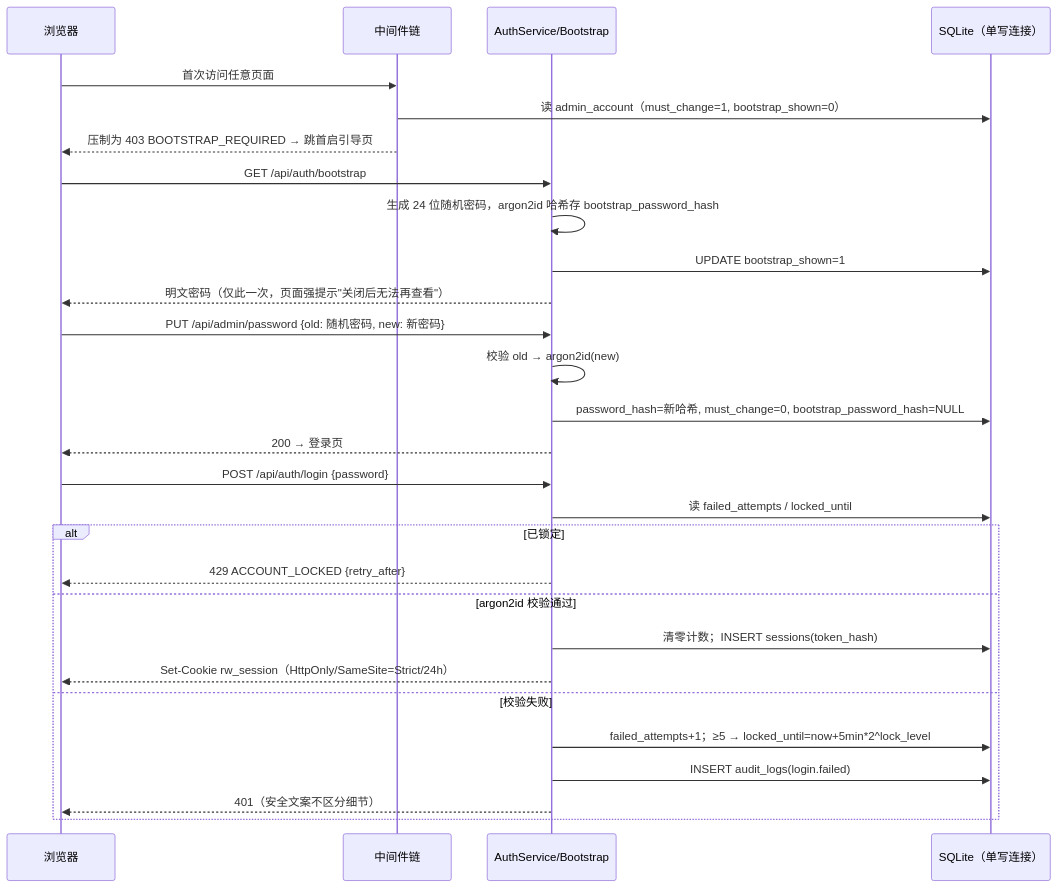
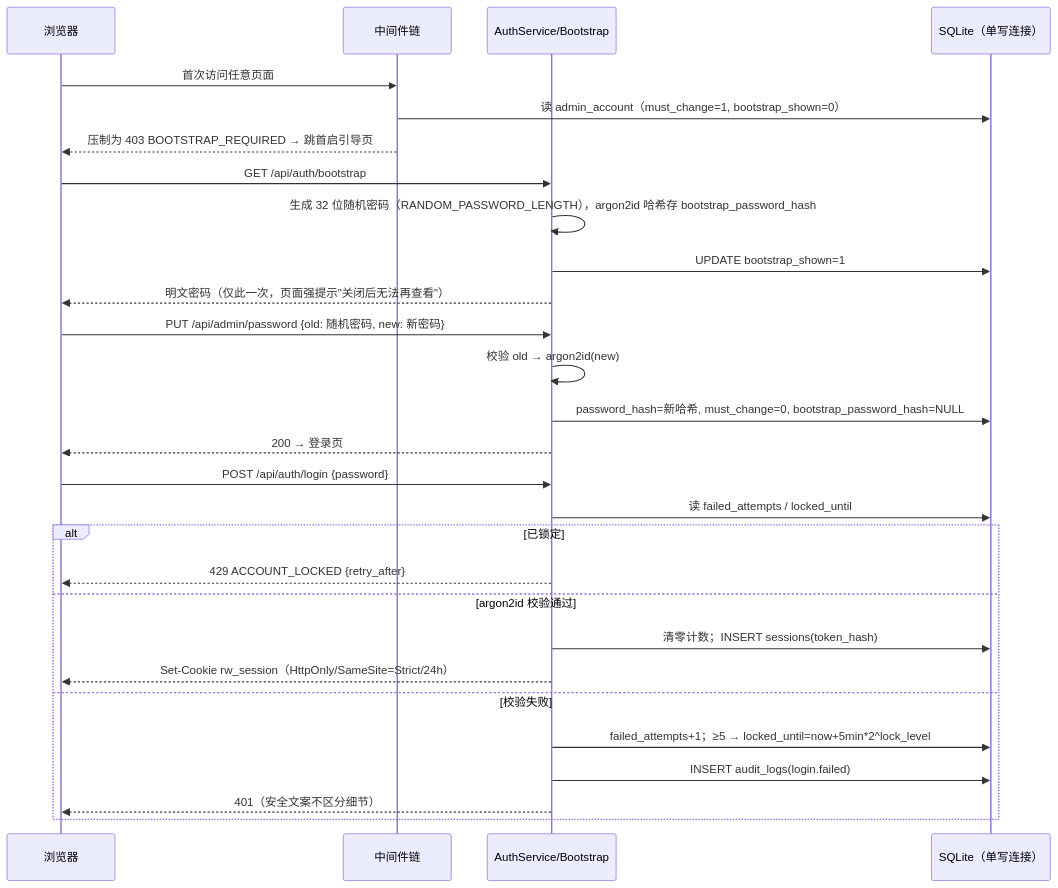
Before and after one commit to dolphin738/restic-docker-backup: the third of 11 diagrams in web版/docs/架构设计文档.md, drawn with Mermaid. The commit also changed other lines of this file and 7 other files, not shown here.

````diff
--- a/web版/docs/架构设计文档.md
+++ b/web版/docs/架构设计文档.md
@@ -915,31 +915,31 @@
 ```mermaid
 sequenceDiagram
     participant B as 浏览器
     participant MW as 中间件链
     participant AU as AuthService/Bootstrap
     participant DB as SQLite（单写连接）
 
     B->>MW: 首次访问任意页面
     MW->>DB: 读 admin_account（must_change=1, bootstrap_shown=0）
     MW-->>B: 压制为 403 BOOTSTRAP_REQUIRED → 跳首启引导页
     B->>AU: GET /api/auth/bootstrap
-    AU->>AU: 生成 24 位随机密码，argon2id 哈希存 bootstrap_password_hash
+    AU->>AU: 生成 32 位随机密码（RANDOM_PASSWORD_LENGTH），argon2id 哈希存 bootstrap_password_hash
     AU->>DB: UPDATE bootstrap_shown=1
     AU-->>B: 明文密码（仅此一次，页面强提示"关闭后无法再查看"）
     B->>AU: PUT /api/admin/password {old: 随机密码, new: 新密码}
     AU->>AU: 校验 old → argon2id(new)
     AU->>DB: password_hash=新哈希, must_change=0, bootstrap_password_hash=NULL
     AU-->>B: 200 → 登录页
     B->>AU: POST /api/auth/login {password}
     AU->>DB: 读 failed_attempts / locked_until
     alt 已锁定
         AU-->>B: 429 ACCOUNT_LOCKED {retry_after}
     else argon2id 校验通过
         AU->>DB: 清零计数；INSERT sessions(token_hash)
         AU-->>B: Set-Cookie rw_session（HttpOnly/SameSite=Strict/24h）
     else 校验失败
         AU->>DB: failed_attempts+1；≥5 → locked_until=now+5min*2^lock_level
         AU->>DB: INSERT audit_logs(login.failed)
         AU-->>B: 401（安全文案不区分细节）
     end
 ```
````
